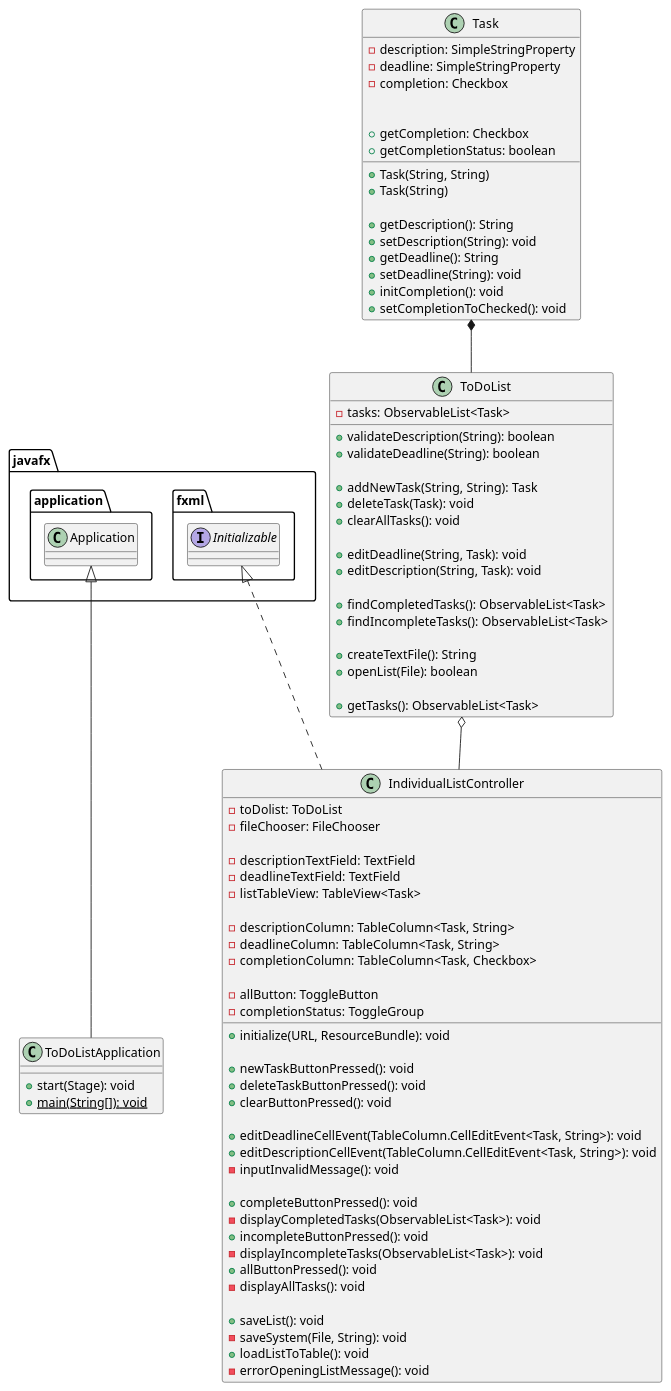
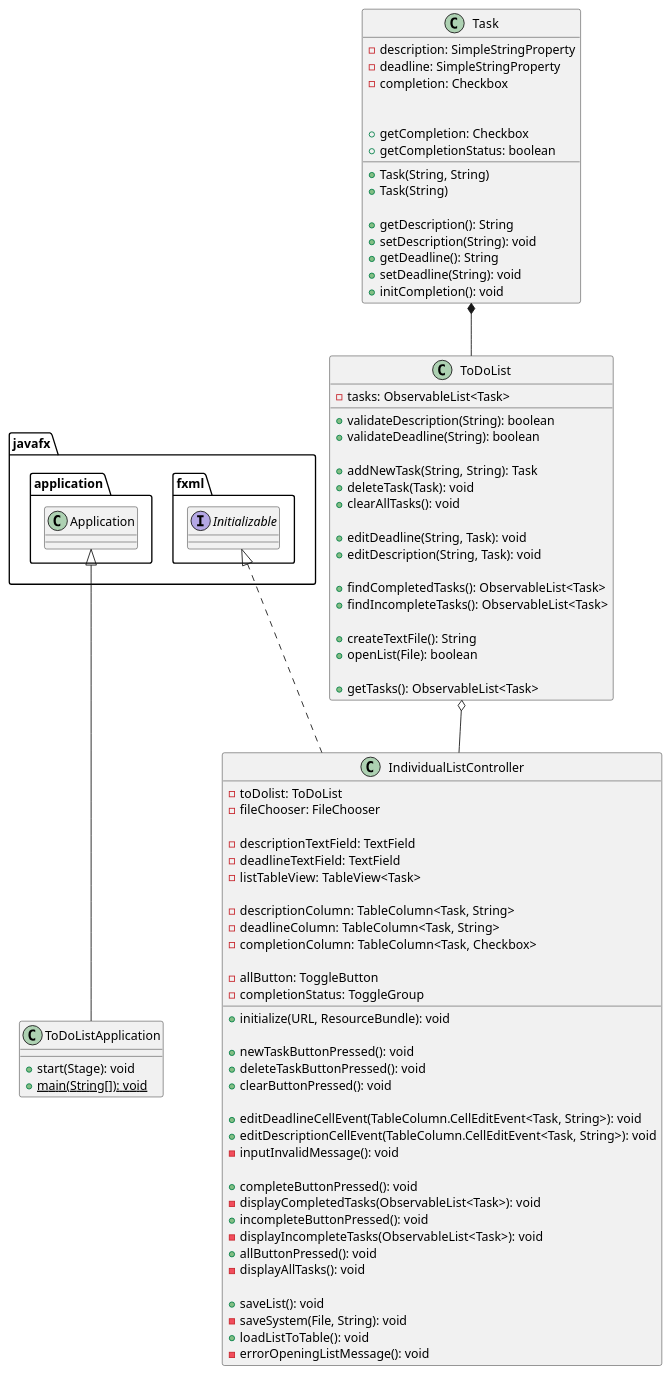
The diagram in docs/classDiagram.puml (Zandroid505/Antifit-app1-impl), drawn with PlantUML before and after one commit.

Commit message:
Final App, forgot to update uml diagram

```diff
--- a/docs/classDiagram.puml
+++ b/docs/classDiagram.puml
@@ -6,94 +6,93 @@
 @startuml
 'https://plantuml.com/class-diagram
 
 javafx.application.Application <|-- ToDoListApplication
 class IndividualListController implements javafx.fxml.Initializable
 Task *-- ToDoList
 ToDoList o-- IndividualListController
 
 class ToDoListApplication {
     + start(Stage): void
     + {static} main(String[]): void
 }
 
 class IndividualListController {
     - toDolist: ToDoList
     - fileChooser: FileChooser
 
     'FXML variables
     - descriptionTextField: TextField
     - deadlineTextField: TextField
     - listTableView: TableView<Task>
 
     - descriptionColumn: TableColumn<Task, String>
     - deadlineColumn: TableColumn<Task, String>
     - completionColumn: TableColumn<Task, Checkbox>
 
     - allButton: ToggleButton
     - completionStatus: ToggleGroup
 
     + initialize(URL, ResourceBundle): void
 
     + newTaskButtonPressed(): void
     + deleteTaskButtonPressed(): void
     + clearButtonPressed(): void
 
     + editDeadlineCellEvent(TableColumn.CellEditEvent<Task, String>): void
     + editDescriptionCellEvent(TableColumn.CellEditEvent<Task, String>): void
     - inputInvalidMessage(): void
 
     + completeButtonPressed(): void
     - displayCompletedTasks(ObservableList<Task>): void
     + incompleteButtonPressed(): void
     - displayIncompleteTasks(ObservableList<Task>): void
     + allButtonPressed(): void
     - displayAllTasks(): void
 
     + saveList(): void
     - saveSystem(File, String): void
     + loadListToTable(): void
     - errorOpeningListMessage(): void
 
 }
 
 class ToDoList {
     - tasks: ObservableList<Task>
 
     + validateDescription(String): boolean
     + validateDeadline(String): boolean
 
     + addNewTask(String, String): Task
     + deleteTask(Task): void
     + clearAllTasks(): void
 
     + editDeadline(String, Task): void
     + editDescription(String, Task): void
 
     + findCompletedTasks(): ObservableList<Task>
     + findIncompleteTasks(): ObservableList<Task>
 
     + createTextFile(): String
     + openList(File): boolean
 
     + getTasks(): ObservableList<Task>
 }
 
 class Task {
     - description: SimpleStringProperty
     - deadline: SimpleStringProperty
     - completion: Checkbox
 
     + Task(String, String)
     + Task(String)
 
     + getDescription(): String
     + setDescription(String): void
     + getDeadline(): String
     + setDeadline(String): void
     + initCompletion(): void
-    + setCompletionToChecked(): void
     + getCompletion: Checkbox
     + getCompletionStatus: boolean
 }
 
 @enduml
```
